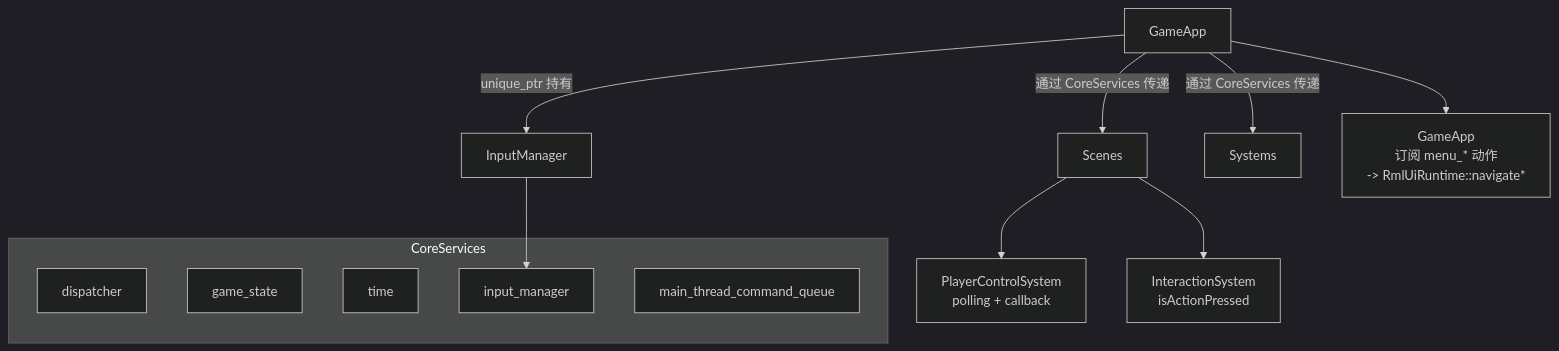
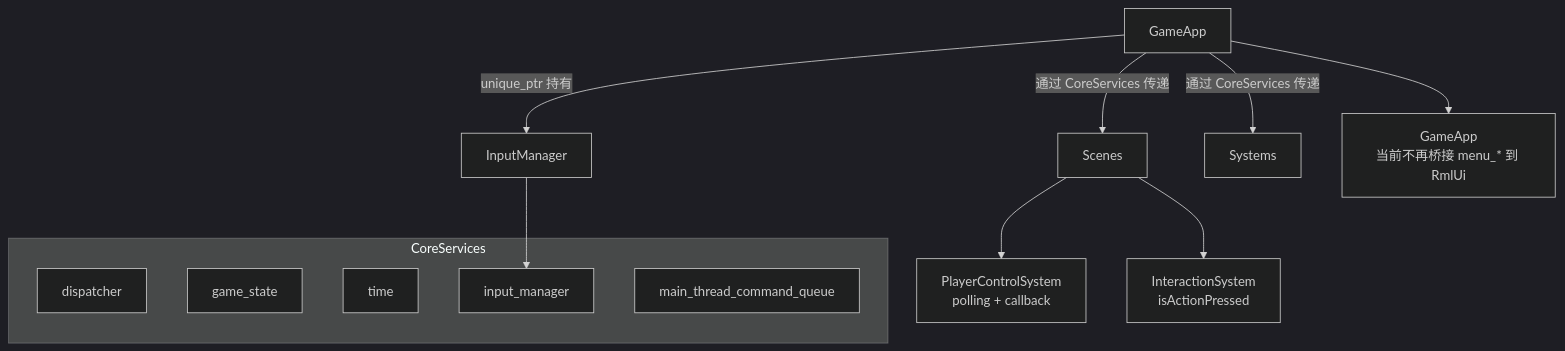
One commit to WispSnow/TinyFarmRPG changed diagram 16 of 16 in docs/engine/input_system.md. Above: the diagram before and after it, drawn with Mermaid (dark theme). The commit also changed other lines of this file and 23 other files, not shown here.

````diff
--- a/docs/engine/input_system.md
+++ b/docs/engine/input_system.md
@@ -733,22 +733,22 @@
 ```mermaid
 graph TB
     GA["GameApp"]
     GA -->|"unique_ptr 持有"| IM["InputManager"]
 
     GA -->|"通过 CoreServices 传递"| SCENES["Scenes"]
     GA -->|"通过 CoreServices 传递"| SYS["Systems"]
 
     subgraph CoreServices
         DISP["dispatcher"]
         GS["game_state"]
         TIME["time"]
         INPUT["input_manager"]
         MTCQ["main_thread_command_queue"]
     end
 
     IM --> INPUT
 
-    GA --> NAV["GameApp<br/>订阅 menu_* 动作<br/>-> RmlUiRuntime::navigate*"]
+    GA --> NAV["GameApp<br/>当前不再桥接 menu_* 到 RmlUi"]
     SCENES --> PCS["PlayerControlSystem<br/>polling + callback"]
     SCENES --> IS["InteractionSystem<br/>isActionPressed"]
 ```
````
